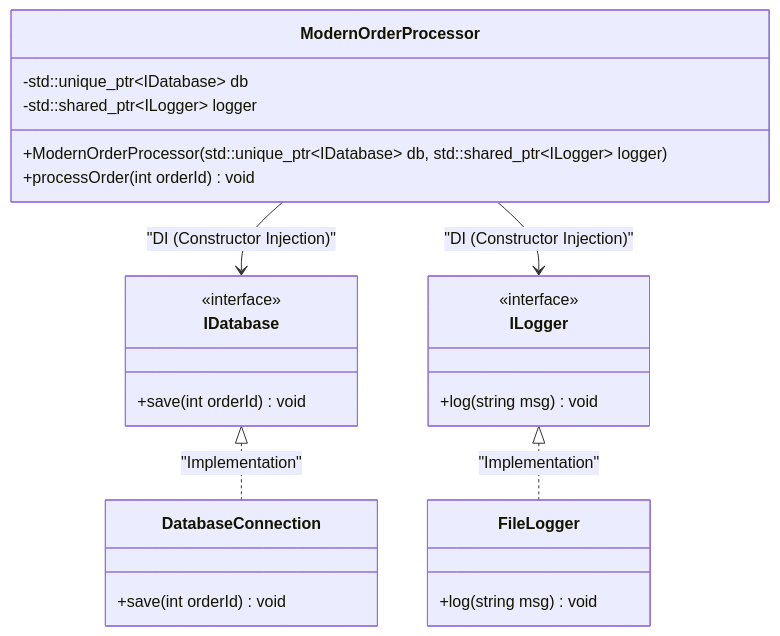
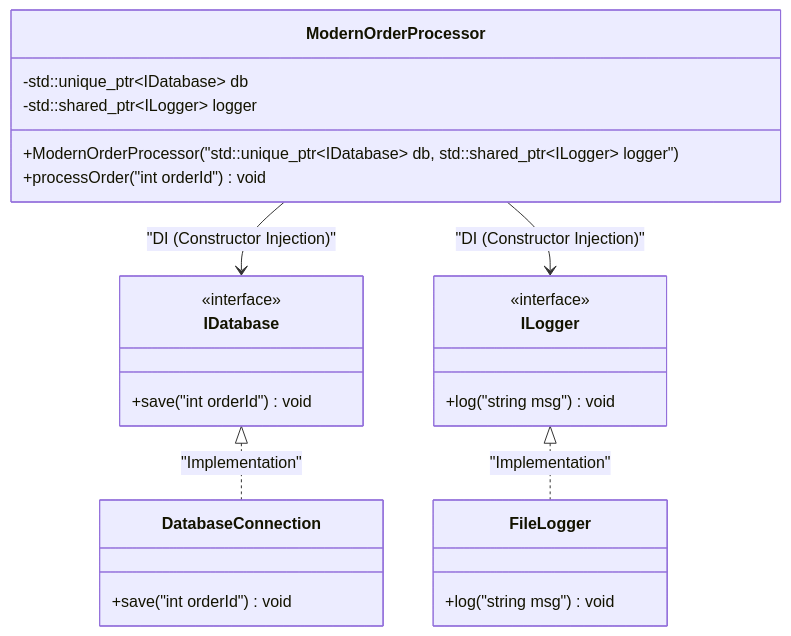
One commit to kenjinote/blog changed the third of 3 diagrams in content/post/リファクタリングの極意/index.en.md. Above: the diagram before and after it, drawn with Mermaid. The commit also changed other lines of this file and 929 other files, not shown here.

Commit message:
fix: Add double quotes to all Mermaid node texts to resolve syntax errors

````diff
--- a/content/post/リファクタリングの極意/index.en.md
+++ b/content/post/リファクタリングの極意/index.en.md
@@ -114,27 +114,27 @@
 ```mermaid
 classDiagram
     class IDatabase {
         <<interface>>
-        +save(int orderId) void
+        +save("int orderId") void
     }
     class ILogger {
         <<interface>>
-        +log(string msg) void
+        +log("string msg") void
     }
     class ModernOrderProcessor {
         -std::unique_ptr~IDatabase~ db
         -std::shared_ptr~ILogger~ logger
-        +ModernOrderProcessor(std::unique_ptr~IDatabase~ db, std::shared_ptr~ILogger~ logger)
-        +processOrder(int orderId) void
+        +ModernOrderProcessor("std::unique_ptr~IDatabase~ db, std::shared_ptr~ILogger~ logger")
+        +processOrder("int orderId") void
     }
     class DatabaseConnection {
-        +save(int orderId) void
+        +save("int orderId") void
     }
     class FileLogger {
-        +log(string msg) void
+        +log("string msg") void
     }
     IDatabase <|.. DatabaseConnection : "Implementation"
     ILogger <|.. FileLogger : "Implementation"
     ModernOrderProcessor --> IDatabase : "DI (Constructor Injection)"
     ModernOrderProcessor --> ILogger : "DI (Constructor Injection)"
 ```
````
